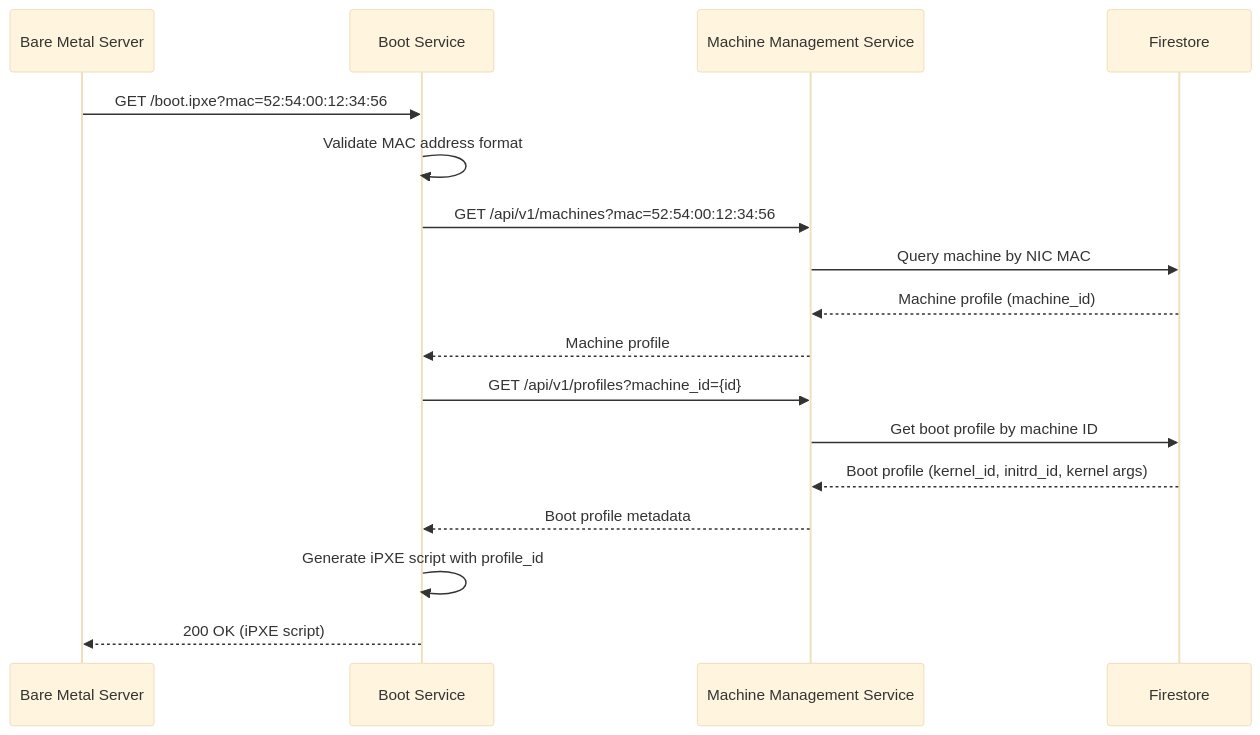
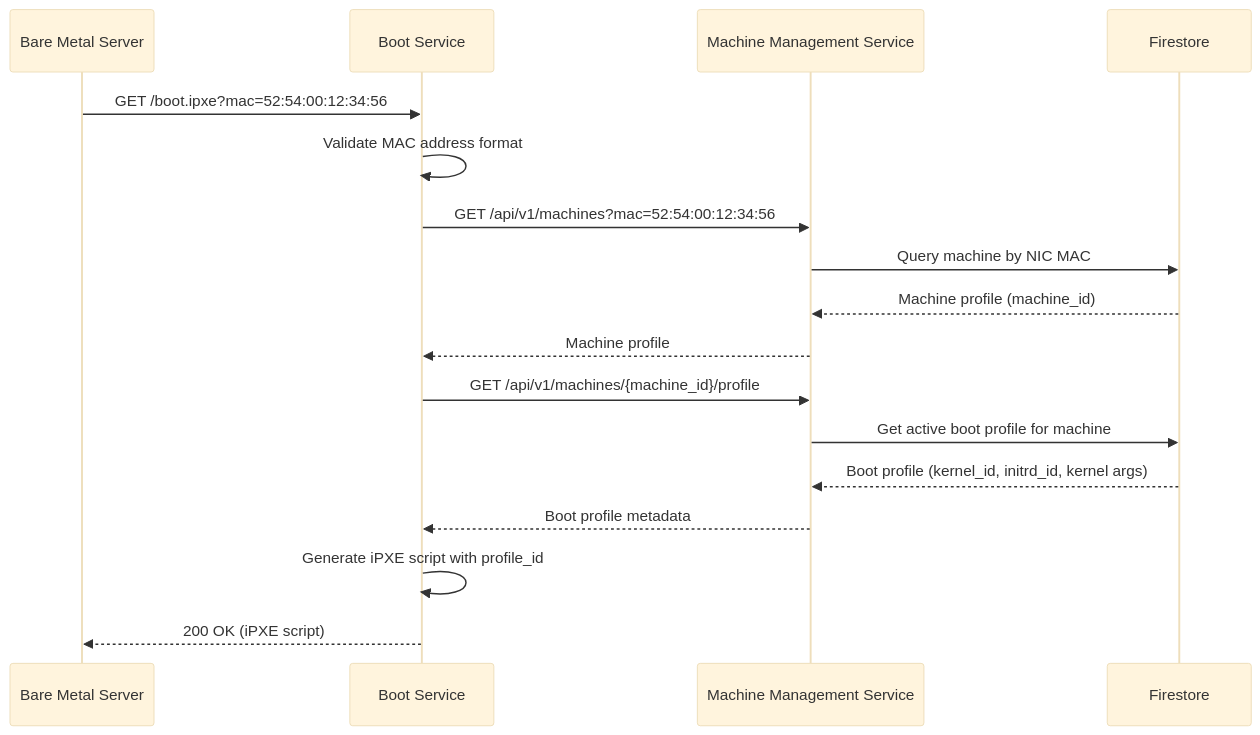
Before and after one commit to Zaba505/infra: the first of 3 diagrams in docs/content/r&d/services/boot/uefi-boot-endpoints.md, drawn with Mermaid (base theme). The commit also changed 1 other file, not shown here.

Commit message:
docs(issue-605): attempt to enforce 1:1 mapping

````diff
--- a/docs/content/r&d/services/boot/uefi-boot-endpoints.md
+++ b/docs/content/r&d/services/boot/uefi-boot-endpoints.md
@@ -18,20 +18,20 @@
 ```mermaid
 sequenceDiagram
     participant Client as Bare Metal Server
     participant Boot as Boot Service
     participant MgmtAPI as Machine Management Service
     participant DB as Firestore
     
     Client->>Boot: GET /boot.ipxe?mac=52:54:00:12:34:56
     Boot->>Boot: Validate MAC address format
     Boot->>MgmtAPI: GET /api/v1/machines?mac=52:54:00:12:34:56
     MgmtAPI->>DB: Query machine by NIC MAC
     DB-->>MgmtAPI: Machine profile (machine_id)
     MgmtAPI-->>Boot: Machine profile
-    Boot->>MgmtAPI: GET /api/v1/profiles?machine_id={id}
-    MgmtAPI->>DB: Get boot profile by machine ID
+    Boot->>MgmtAPI: GET /api/v1/machines/{machine_id}/profile
+    MgmtAPI->>DB: Get active boot profile for machine
     DB-->>MgmtAPI: Boot profile (kernel_id, initrd_id, kernel args)
     MgmtAPI-->>Boot: Boot profile metadata
     Boot->>Boot: Generate iPXE script with profile_id
     Boot-->>Client: 200 OK (iPXE script)
 ```
````
